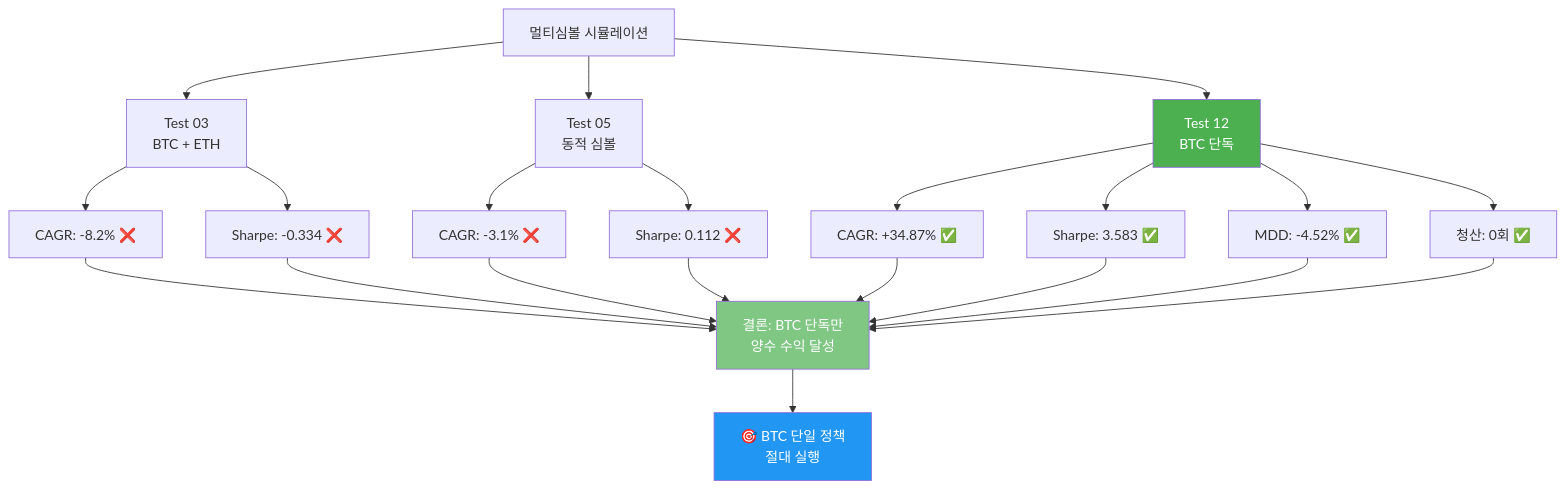
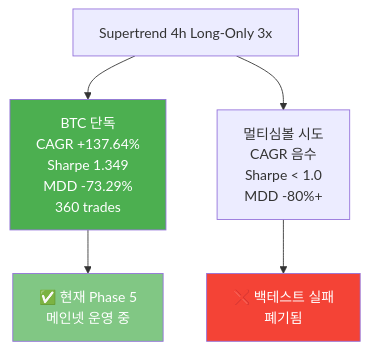
Before and after one commit to Justant-source/Bit-Mania: the second of 4 diagrams in docs/policies/btc-only.md, drawn with Mermaid. The commit also changed other lines of this file and 34 other files, not shown here.

````diff
--- a/docs/policies/btc-only.md
+++ b/docs/policies/btc-only.md
@@ -153,32 +138,12 @@
 ```mermaid
 graph TD
-    A["멀티심볼 시뮬레이션"] --> B["Test 03<br>BTC + ETH"]
-    A --> C["Test 05<br>동적 심볼"]
-    A --> D["Test 12<br>BTC 단독"]
+    A["Supertrend 4h Long-Only 3x"] --> B["BTC 단독<br>CAGR +137.64%<br>Sharpe 1.349<br>MDD -73.29%<br>360 trades"]
+    A --> C["멀티심볼 시도<br>CAGR 음수<br>Sharpe < 1.0<br>MDD -80%+"]
     
-    B --> B1["CAGR: -8.2% ❌"]
-    B --> B2["Sharpe: -0.334 ❌"]
+    B --> D["✅ 현재 Phase 5<br>메인넷 운영 중"]
+    C --> E["❌ 백테스트 실패<br>폐기됨"]
     
-    C --> C1["CAGR: -3.1% ❌"]
-    C --> C2["Sharpe: 0.112 ❌"]
-    
-    D --> D1["CAGR: +34.87% ✅"]
-    D --> D2["Sharpe: 3.583 ✅"]
-    D --> D3["MDD: -4.52% ✅"]
-    D --> D4["청산: 0회 ✅"]
-    
-    B1 --> Conclusion["결론: BTC 단독만\n양수 수익 달성"]
-    B2 --> Conclusion
-    C1 --> Conclusion
-    C2 --> Conclusion
-    D1 --> Conclusion
-    D2 --> Conclusion
-    D3 --> Conclusion
-    D4 --> Conclusion
-    
-    Conclusion --> Decision["🎯 BTC 단일 정책\n절대 실행"]
-    
-    style D fill:#4caf50,color:#fff
-    style Conclusion fill:#81c784,color:#fff
-    style Decision fill:#2196f3,color:#fff
+    style B fill:#4caf50,color:#fff
+    style D fill:#81c784,color:#fff
+    style E fill:#f44336,color:#fff
 ```
````
